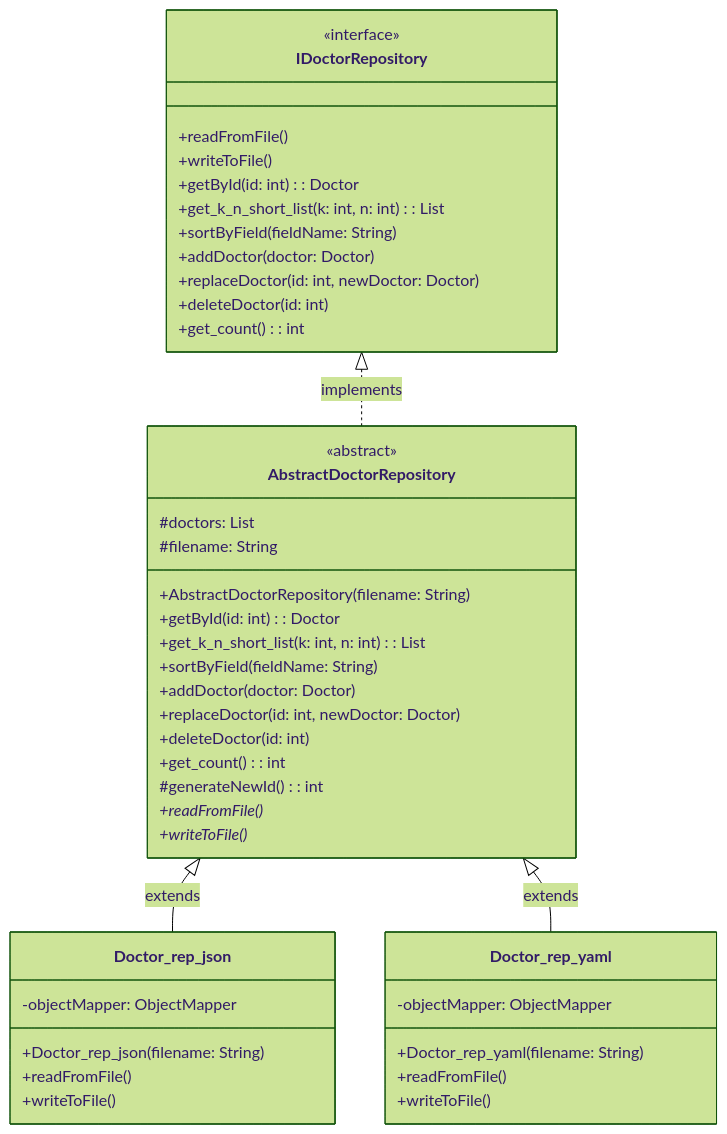
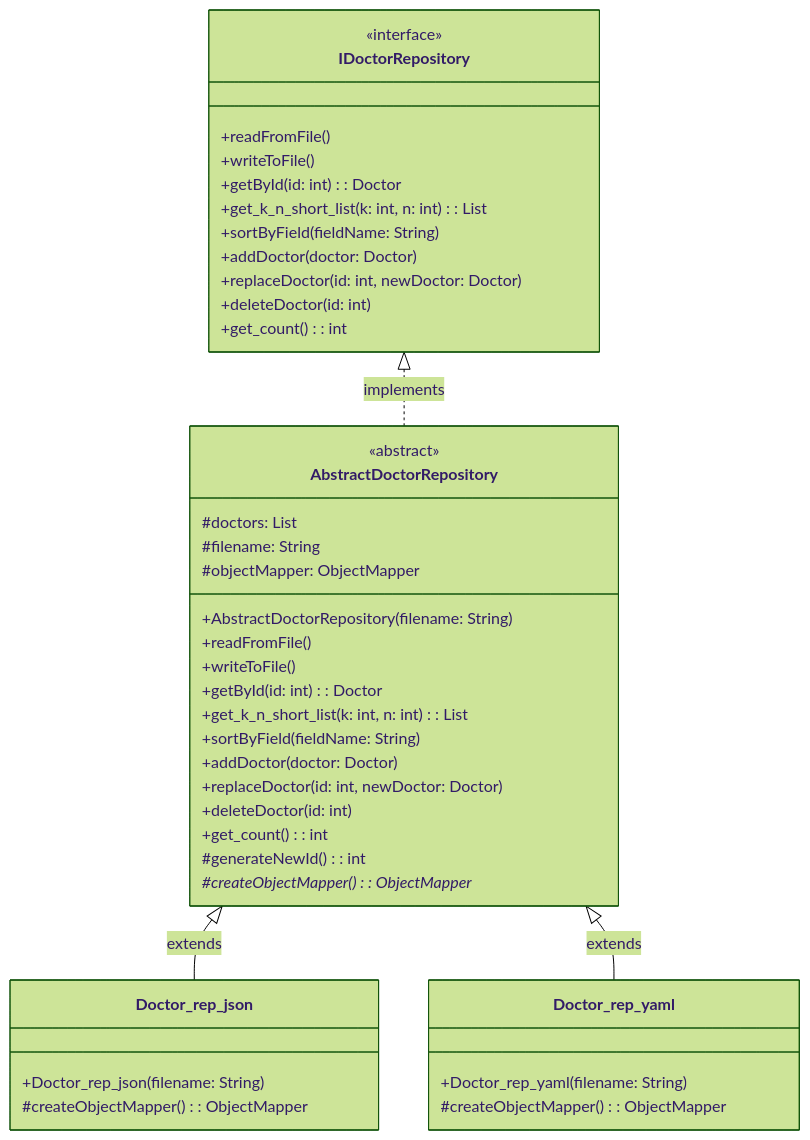
The third of 3 diagrams in README.md (0xEodum/OOP), drawn with Mermaid (forest theme) before and after one commit.

Commit message:
LW2_T3_NewDiagram
Обновление диаграммы классов

````diff
--- a/README.md
+++ b/README.md
@@ -118,50 +118,48 @@
 ```mermaid
 classDiagram
     class IDoctorRepository {
         <<interface>>
         +readFromFile()
         +writeToFile()
         +getById(id: int): Doctor
         +get_k_n_short_list(k: int, n: int): List<BriefDoctor>
         +sortByField(fieldName: String)
         +addDoctor(doctor: Doctor)
         +replaceDoctor(id: int, newDoctor: Doctor)
         +deleteDoctor(id: int)
         +get_count(): int
     }
 
     class AbstractDoctorRepository {
         <<abstract>>
         #doctors: List<Doctor>
         #filename: String
+        #objectMapper: ObjectMapper
         +AbstractDoctorRepository(filename: String)
+        +readFromFile()
+        +writeToFile()
         +getById(id: int): Doctor
         +get_k_n_short_list(k: int, n: int): List<BriefDoctor>
         +sortByField(fieldName: String)
         +addDoctor(doctor: Doctor)
         +replaceDoctor(id: int, newDoctor: Doctor)
         +deleteDoctor(id: int)
         +get_count(): int
         #generateNewId(): int
-        +readFromFile()*
-        +writeToFile()*
+        #createObjectMapper()*: ObjectMapper
     }
 
     class Doctor_rep_json {
-        -objectMapper: ObjectMapper
         +Doctor_rep_json(filename: String)
-        +readFromFile()
-        +writeToFile()
+        #createObjectMapper(): ObjectMapper
     }
 
     class Doctor_rep_yaml {
-        -objectMapper: ObjectMapper
         +Doctor_rep_yaml(filename: String)
-        +readFromFile()
-        +writeToFile()
+        #createObjectMapper(): ObjectMapper
     }
 
     IDoctorRepository <|.. AbstractDoctorRepository : implements
     AbstractDoctorRepository <|-- Doctor_rep_json : extends
     AbstractDoctorRepository <|-- Doctor_rep_yaml : extends
 ```
````
